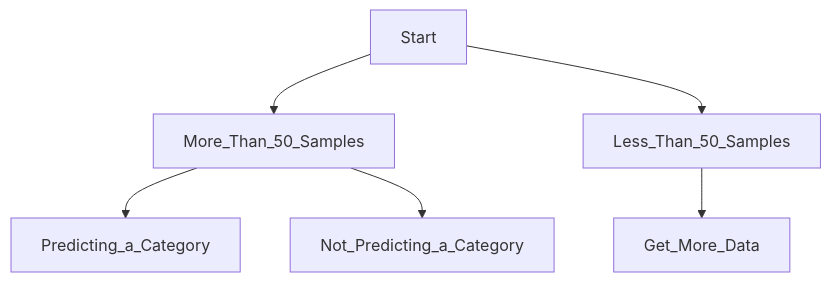
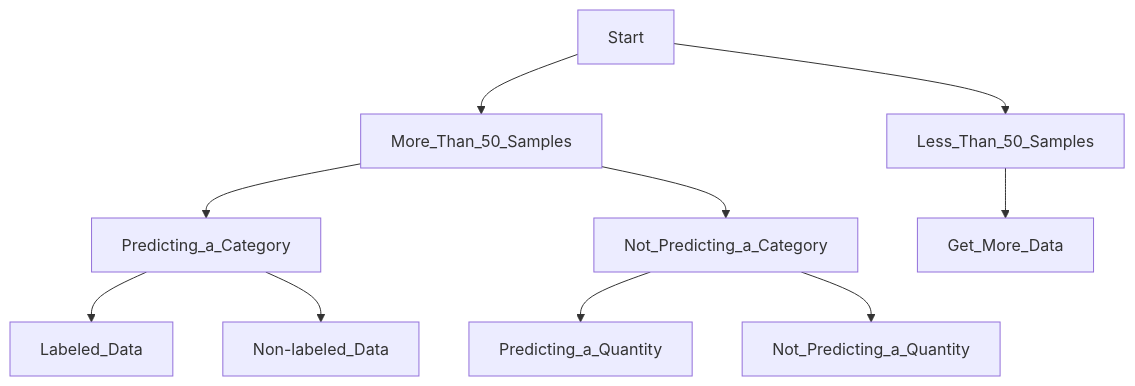
One commit to hwetsman/Public_Notes changed the diagram in ML_Cheatsheet.md. Above: the diagram before and after it, drawn with Mermaid. The commit also changed other lines of this file, not shown here.

````diff
--- a/ML_Cheatsheet.md
+++ b/ML_Cheatsheet.md
@@ -1,8 +1,12 @@
 ```mermaid
 flowchart TD
   Start --> More_Than_50_Samples
   More_Than_50_Samples --> Predicting_a_Category
+  Predicting_a_Category --> Labeled_Data
+  Predicting_a_Category --> Non-labeled_Data
   More_Than_50_Samples --> Not_Predicting_a_Category
+  Not_Predicting_a_Category --> Predicting_a_Quantity
+  Not_Predicting_a_Category --> Not_Predicting_a_Quantity
   Start --> Less_Than_50_Samples
   Less_Than_50_Samples --> Get_More_Data
 ```
````
